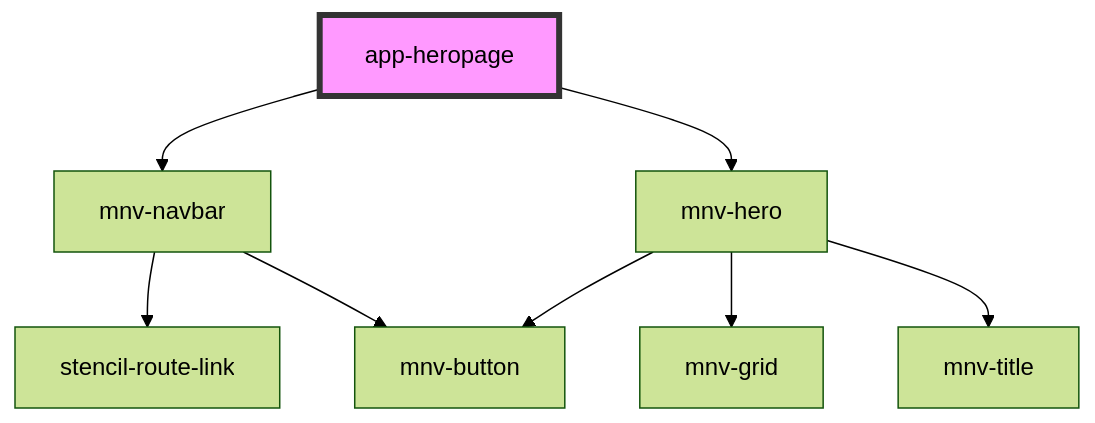
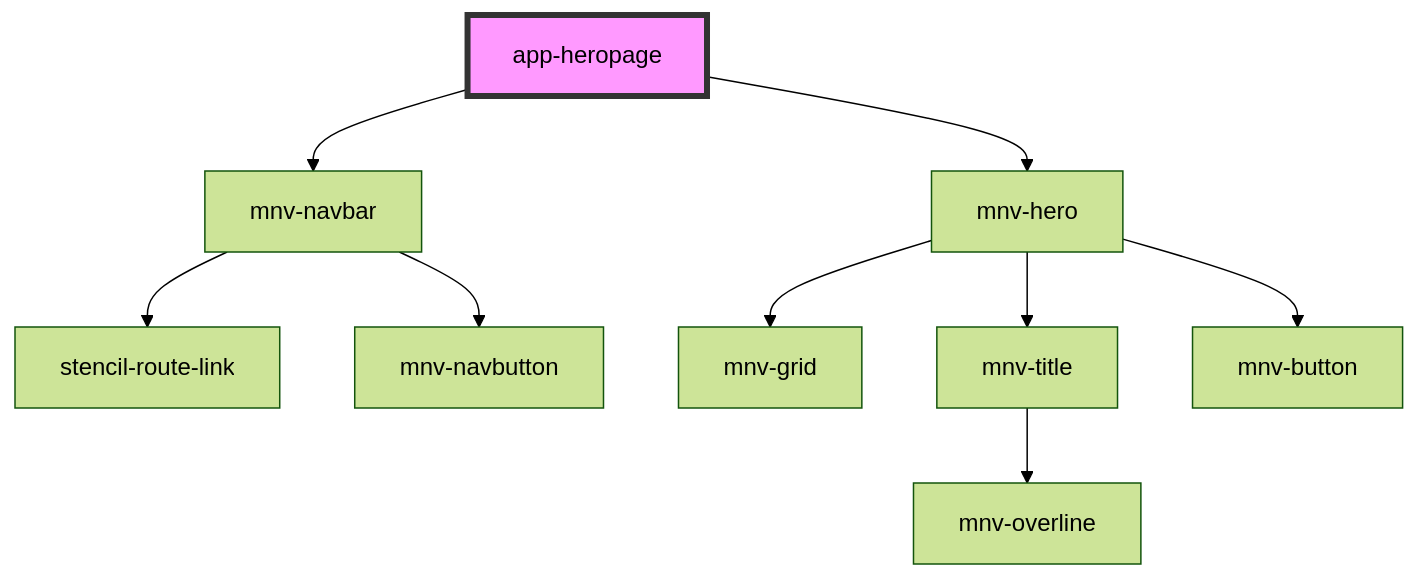
One commit to rafaela-vairo/ufrj-sustainable changed the diagram in src/components/app-heropage/readme.md. Above: the diagram before and after it, drawn with Mermaid (forest theme). The commit also changed other lines of this file and 26 other files, not shown here.

Commit message:
Refinamento de mnv-navbar e outros componentes relacionados

````diff
--- a/src/components/app-heropage/readme.md
+++ b/src/components/app-heropage/readme.md
@@ -23,11 +23,12 @@
 ```mermaid
 graph TD;
   app-heropage --> mnv-navbar
   app-heropage --> mnv-hero
   mnv-navbar --> stencil-route-link
-  mnv-navbar --> mnv-button
+  mnv-navbar --> mnv-navbutton
   mnv-hero --> mnv-grid
   mnv-hero --> mnv-title
   mnv-hero --> mnv-button
+  mnv-title --> mnv-overline
   style app-heropage fill:#f9f,stroke:#333,stroke-width:4px
 ```
````
